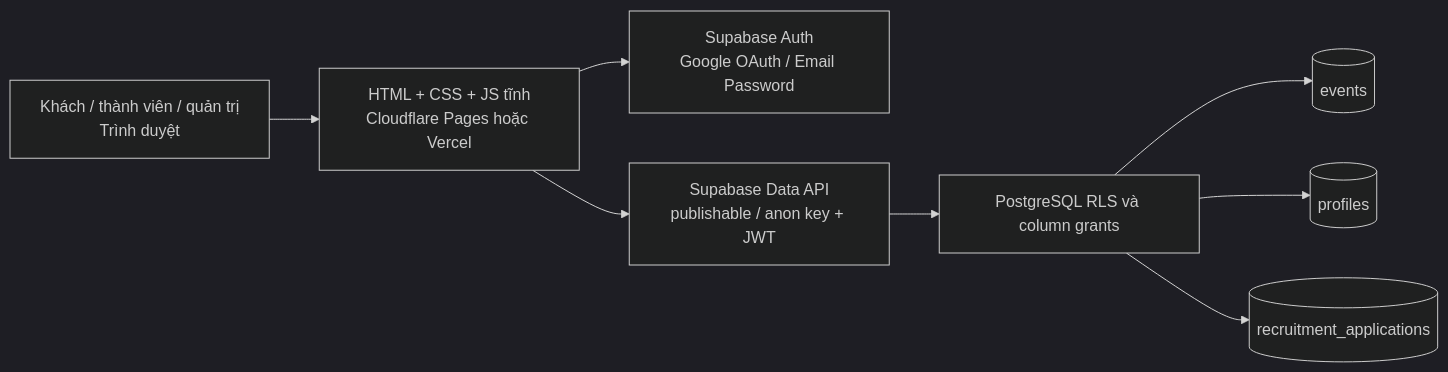
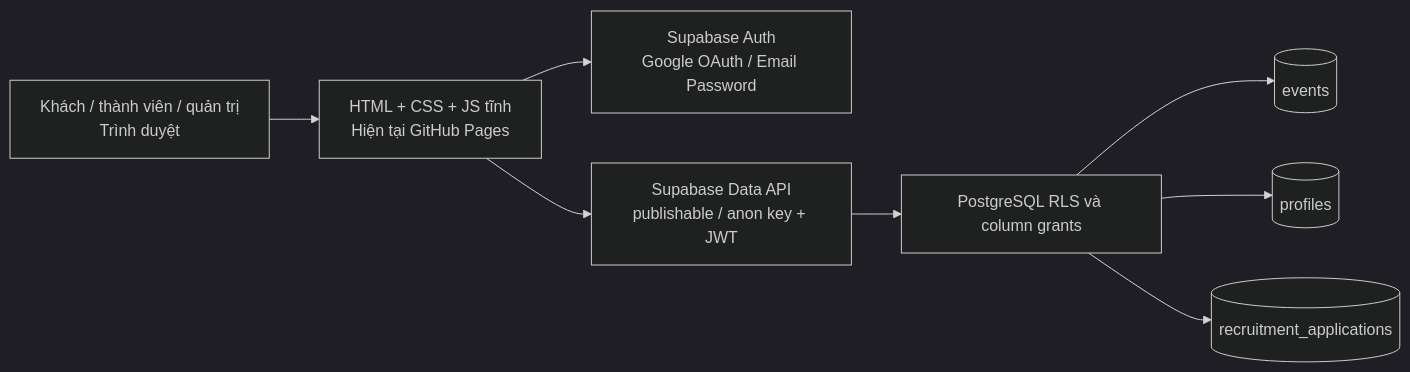
The diagram in docs/architecture-and-deploy.md (longluongexotic-droid/fpteventclub), drawn with Mermaid (dark theme) before and after one commit. The commit also changed other lines of this file and 2 other files, not shown here.

````diff
--- a/docs/architecture-and-deploy.md
+++ b/docs/architecture-and-deploy.md
@@ -3,10 +3,10 @@
 ```mermaid
 flowchart LR
-  V[Khách / thành viên / quản trị<br>Trình duyệt] --> S[HTML + CSS + JS tĩnh<br>Cloudflare Pages hoặc Vercel]
+  V[Khách / thành viên / quản trị<br>Trình duyệt] --> S[HTML + CSS + JS tĩnh<br>Hiện tại GitHub Pages]
   S --> A[Supabase Auth<br>Google OAuth / Email Password]
   S --> API[Supabase Data API<br>publishable / anon key + JWT]
   API --> RLS[PostgreSQL RLS và column grants]
   RLS --> E[(events)]
   RLS --> P[(profiles)]
   RLS --> AP[(recruitment_applications)]
 ```
````
